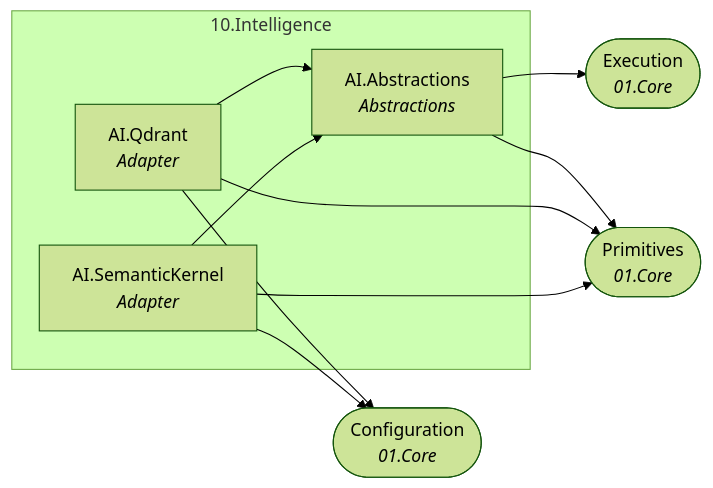
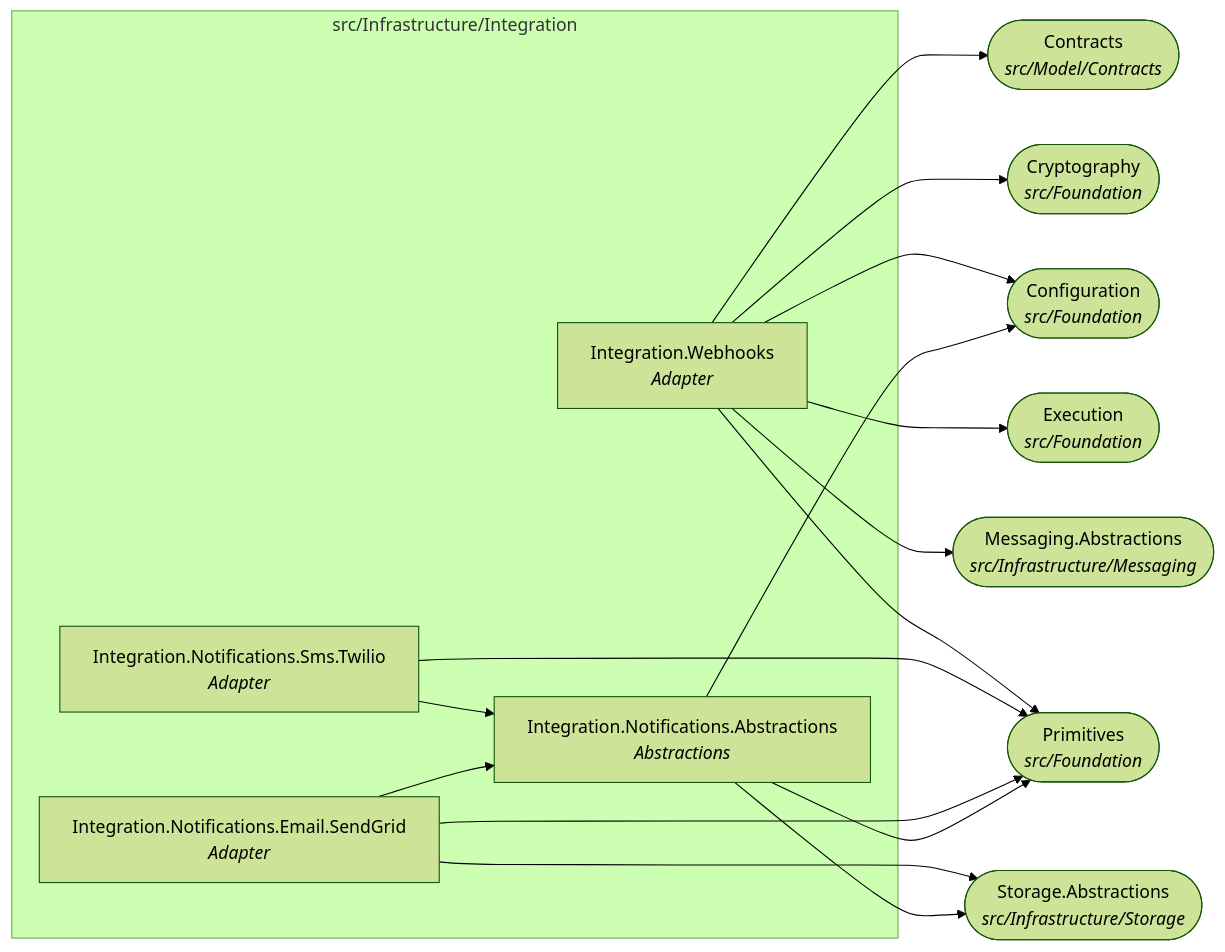
Diagram 11 of 22 in docs/dependency-graph.md (Gresta-Vertex-Labs/platform-shared-kernel), drawn with Mermaid (forest theme) before and after one commit. The commit also changed other lines of this file and 4053 other files, not shown here.

````diff
--- a/docs/dependency-graph.md
+++ b/docs/dependency-graph.md
@@ -358,19 +383,30 @@
 ```mermaid
 flowchart LR
-  subgraph folder_10_Intelligence["10.Intelligence"]
-    SharedKernel_AI_Abstractions["AI.Abstractions<br/><i>Abstractions</i>"]
-    SharedKernel_AI_Qdrant["AI.Qdrant<br/><i>Adapter</i>"]
-    SharedKernel_AI_SemanticKernel["AI.SemanticKernel<br/><i>Adapter</i>"]
+  subgraph folder_src_Infrastructure_Integration["src/Infrastructure/Integration"]
+    SharedKernel_Integration_Notifications_Abstractions["Integration.Notifications.Abstractions<br/><i>Abstractions</i>"]
+    SharedKernel_Integration_Notifications_Email_SendGrid["Integration.Notifications.Email.SendGrid<br/><i>Adapter</i>"]
+    SharedKernel_Integration_Notifications_Sms_Twilio["Integration.Notifications.Sms.Twilio<br/><i>Adapter</i>"]
+    SharedKernel_Integration_Webhooks["Integration.Webhooks<br/><i>Adapter</i>"]
   end
-  SharedKernel_Configuration(["Configuration<br/><i>01.Core</i>"])
-  SharedKernel_Execution(["Execution<br/><i>01.Core</i>"])
-  SharedKernel_Primitives(["Primitives<br/><i>01.Core</i>"])
-  SharedKernel_AI_Abstractions --> SharedKernel_Execution
-  SharedKernel_AI_Abstractions --> SharedKernel_Primitives
-  SharedKernel_AI_Qdrant --> SharedKernel_AI_Abstractions
-  SharedKernel_AI_Qdrant --> SharedKernel_Configuration
-  SharedKernel_AI_Qdrant --> SharedKernel_Primitives
-  SharedKernel_AI_SemanticKernel --> SharedKernel_AI_Abstractions
-  SharedKernel_AI_SemanticKernel --> SharedKernel_Configuration
-  SharedKernel_AI_SemanticKernel --> SharedKernel_Primitives
+  SharedKernel_Configuration(["Configuration<br/><i>src/Foundation</i>"])
+  SharedKernel_Contracts(["Contracts<br/><i>src/Model/Contracts</i>"])
+  SharedKernel_Cryptography(["Cryptography<br/><i>src/Foundation</i>"])
+  SharedKernel_Execution(["Execution<br/><i>src/Foundation</i>"])
+  SharedKernel_Messaging_Abstractions(["Messaging.Abstractions<br/><i>src/Infrastructure/Messaging</i>"])
+  SharedKernel_Primitives(["Primitives<br/><i>src/Foundation</i>"])
+  SharedKernel_Storage_Abstractions(["Storage.Abstractions<br/><i>src/Infrastructure/Storage</i>"])
+  SharedKernel_Integration_Notifications_Abstractions --> SharedKernel_Configuration
+  SharedKernel_Integration_Notifications_Abstractions --> SharedKernel_Primitives
+  SharedKernel_Integration_Notifications_Abstractions --> SharedKernel_Storage_Abstractions
+  SharedKernel_Integration_Notifications_Email_SendGrid --> SharedKernel_Integration_Notifications_Abstractions
+  SharedKernel_Integration_Notifications_Email_SendGrid --> SharedKernel_Primitives
+  SharedKernel_Integration_Notifications_Email_SendGrid --> SharedKernel_Storage_Abstractions
+  SharedKernel_Integration_Notifications_Sms_Twilio --> SharedKernel_Integration_Notifications_Abstractions
+  SharedKernel_Integration_Notifications_Sms_Twilio --> SharedKernel_Primitives
+  SharedKernel_Integration_Webhooks --> SharedKernel_Configuration
+  SharedKernel_Integration_Webhooks --> SharedKernel_Contracts
+  SharedKernel_Integration_Webhooks --> SharedKernel_Cryptography
+  SharedKernel_Integration_Webhooks --> SharedKernel_Execution
+  SharedKernel_Integration_Webhooks --> SharedKernel_Messaging_Abstractions
+  SharedKernel_Integration_Webhooks --> SharedKernel_Primitives
 ```
````
